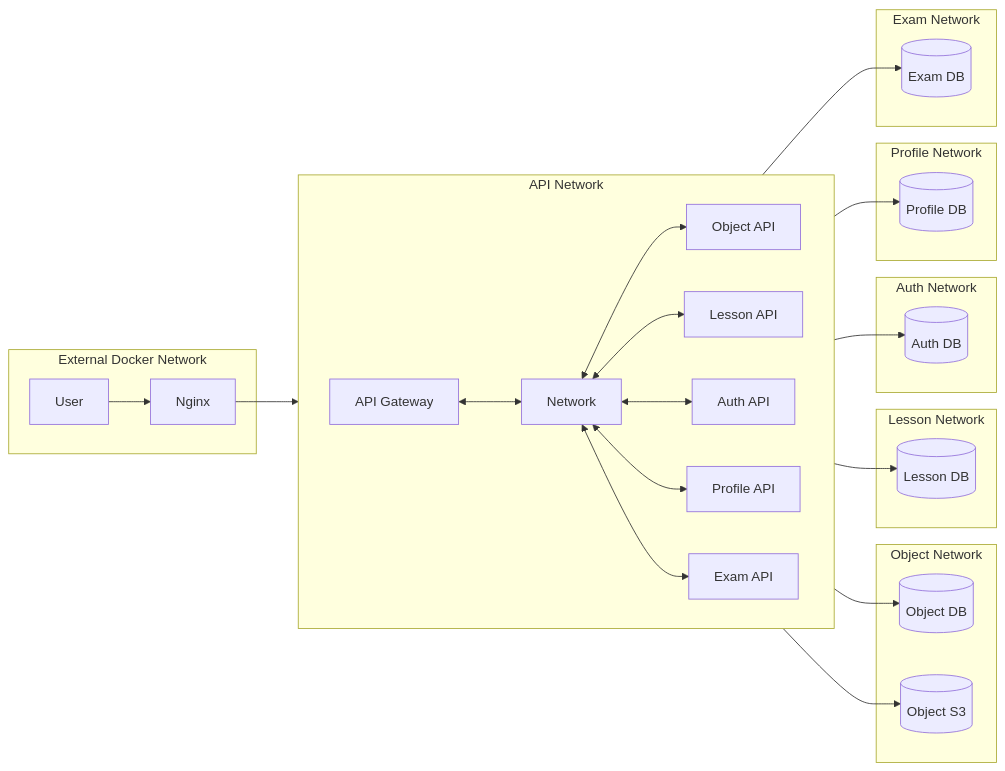
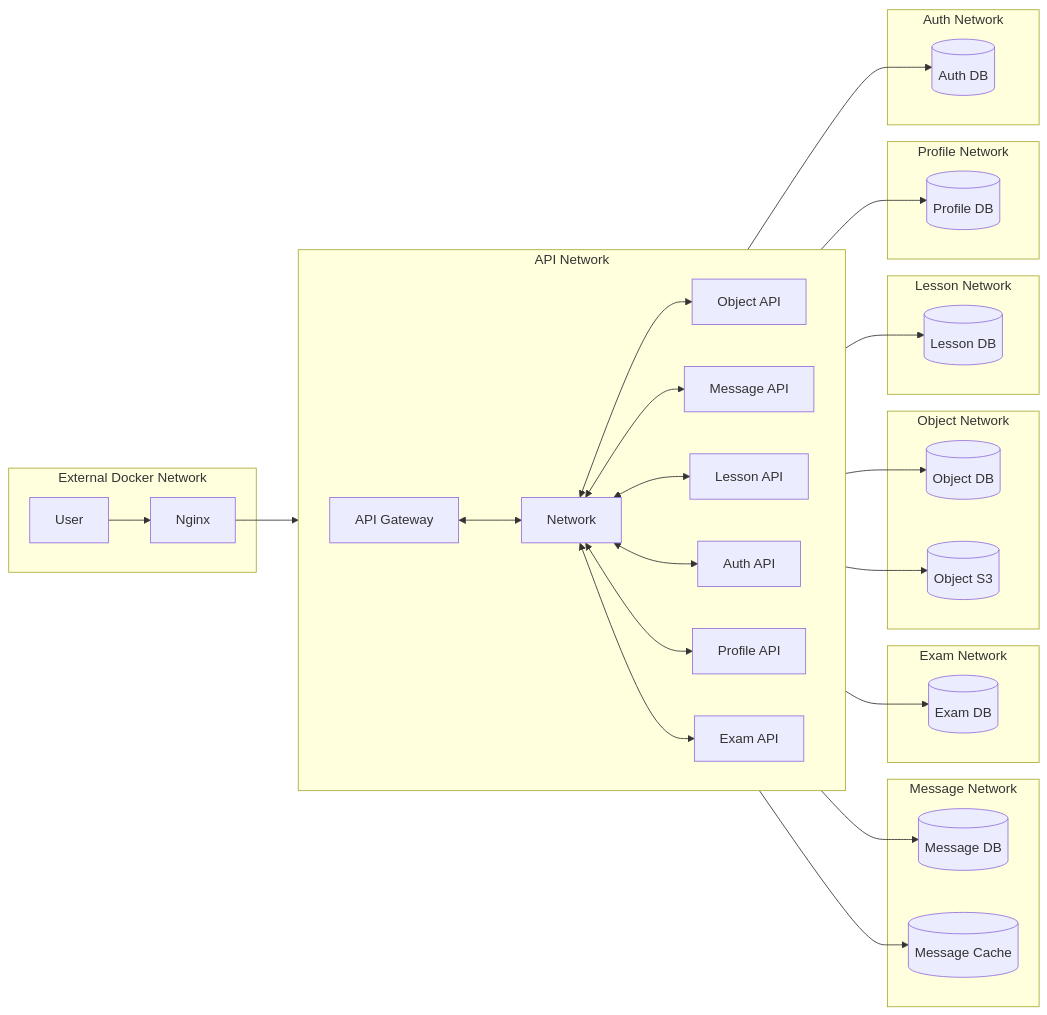
Before and after one commit to Raiders-io/Transcendence: the diagram in docs/ARCH.md, drawn with Mermaid.

Commit message:
feat: adding msg to arch + updating ObjectStorage

````diff
--- a/docs/ARCH.md
+++ b/docs/ARCH.md
@@ -14,43 +14,49 @@
 ```mermaid
 flowchart LR
     subgraph s0["External Docker Network"]
         User["User"]
         Nginx["Nginx"]
     end
     subgraph s1["API Network"]
     direction LR
         GW["API Gateway"]
         Network["Network"]
         API_Auth["Auth API"]
         API_Obj["Object API"]
+        API_Msg["Message API"]
+        API_Lesson["Lesson API"]
         API_Profile["Profile API"]
-        API_Lesson["Lesson API"]
         API_Exam["Exam API"]
     end
-    subgraph s2["Object Network"]
+    subgraph s7["Message Network"]
+        DB_Msg[("Message DB")]
+        Cache_Msg[("Message Cache")]
+    end
+    subgraph s6["Exam Network"]
+        DB_Exam[("Exam DB")]
+    end
+    subgraph s5["Object Network"]
         DB_Obj[("Object DB")]
         STO_Obj[("Object S3")]
     end
-    subgraph s3["Lesson Network"]
+    subgraph s4["Lesson Network"]
         DB_Lesson[("Lesson DB")]
     end
-    subgraph s4["Auth Network"]
-        DB_Auth[("Auth DB")]
-    end
-    subgraph s5["Profile Network"]
+    subgraph s3["Profile Network"]
         DB_Profile[("Profile DB")]
     end
-    subgraph s6["Exam Network"]
-        DB_Exam[("Exam DB")]
+    subgraph s2["Auth Network"]
+        DB_Auth[("Auth DB")]
     end
 
     User --> Nginx
     Nginx --> GW
     GW <--> Network
-    Network <--> API_Obj & API_Lesson & API_Auth & API_Profile & API_Exam 
+    Network <--> API_Obj & API_Msg & API_Lesson & API_Auth & API_Profile & API_Exam 
     API_Obj --> DB_Obj & STO_Obj
+    API_Msg --> DB_Msg & Cache_Msg
     API_Lesson --> DB_Lesson
     API_Auth --> DB_Auth
     API_Profile --> DB_Profile
     API_Exam --> DB_Exam
 ```
````
